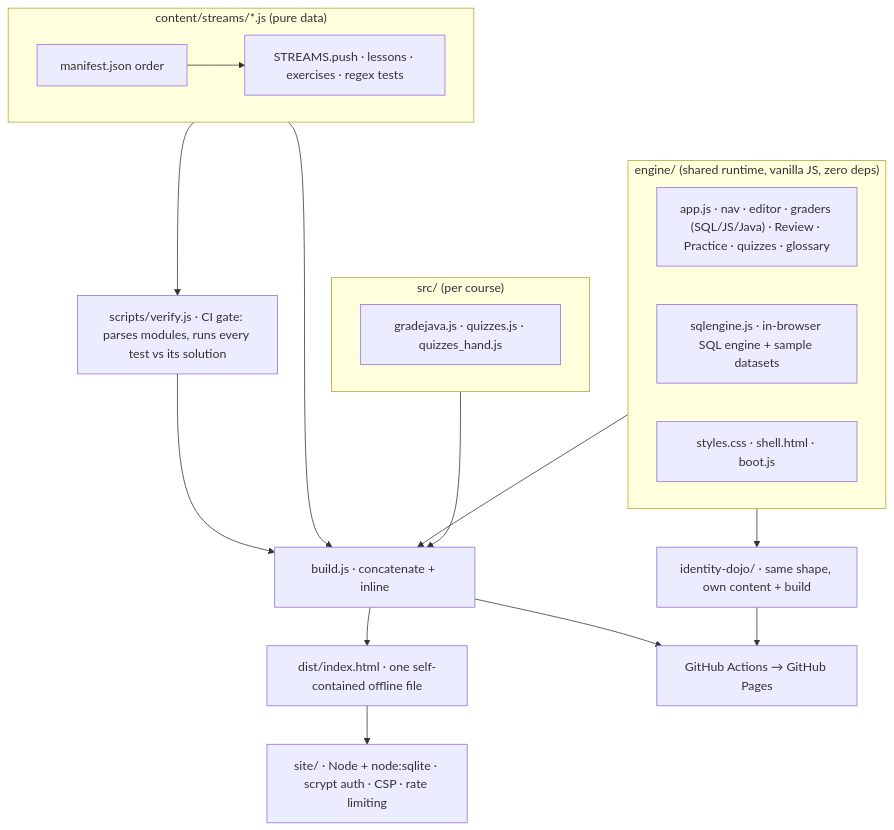
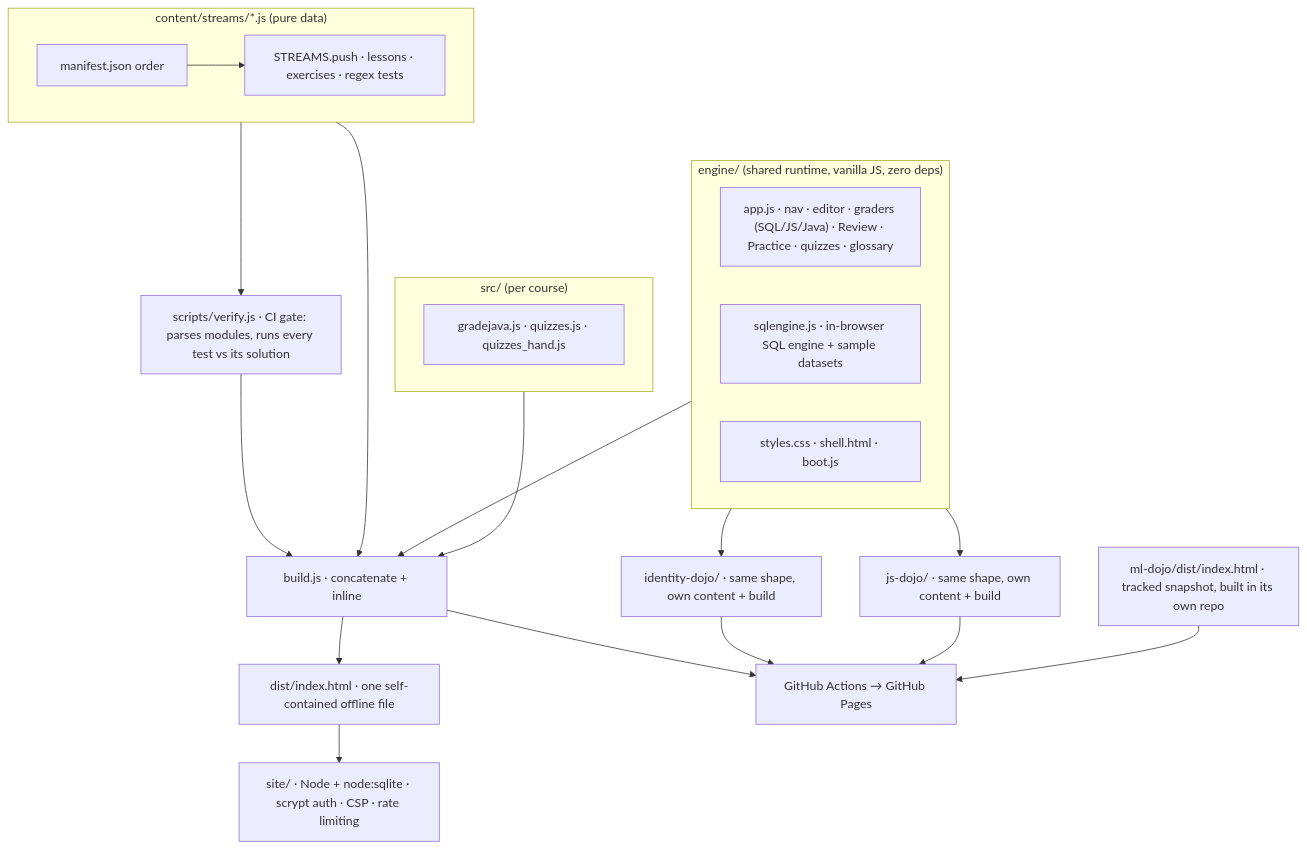
The diagram in README.md (rcbart/dojo), drawn with Mermaid before and after one commit. The commit also changed other lines of this file and 141 other files, not shown here.

````diff
--- a/README.md
+++ b/README.md
@@ -79,30 +112,33 @@
 ```mermaid
 flowchart TD
   subgraph Content["content/streams/*.js  (pure data)"]
     M[manifest.json order] --> S["STREAMS.push · lessons · exercises · regex tests"]
   end
   subgraph Runtime["engine/  (shared runtime, vanilla JS, zero deps)"]
     A["app.js · nav · editor · graders (SQL/JS/Java) · Review · Practice · quizzes · glossary"]
     E["sqlengine.js · in-browser SQL engine + sample datasets"]
     C["styles.css · shell.html · boot.js"]
   end
   subgraph Course["src/  (per course)"]
     G["gradejava.js · quizzes.js · quizzes_hand.js"]
   end
   V["scripts/verify.js · CI gate: parses modules, runs every test vs its solution"]
   B["build.js · concatenate + inline"]
   D["dist/index.html · one self-contained offline file"]
   Site["site/ · Node + node:sqlite · scrypt auth · CSP · rate limiting"]
   GH["GitHub Actions → GitHub Pages"]
 
   Content --> B
   Runtime --> B
   Course --> B
   Content --> V
   V --> B
   B --> D
   D --> Site
   B --> GH
   Runtime --> ID["identity-dojo/ · same shape, own content + build"]
+  Runtime --> JS["js-dojo/ · same shape, own content + build"]
   ID --> GH
+  JS --> GH
+  ML["ml-dojo/dist/index.html · tracked snapshot, built in its own repo"] --> GH
 ```
````
